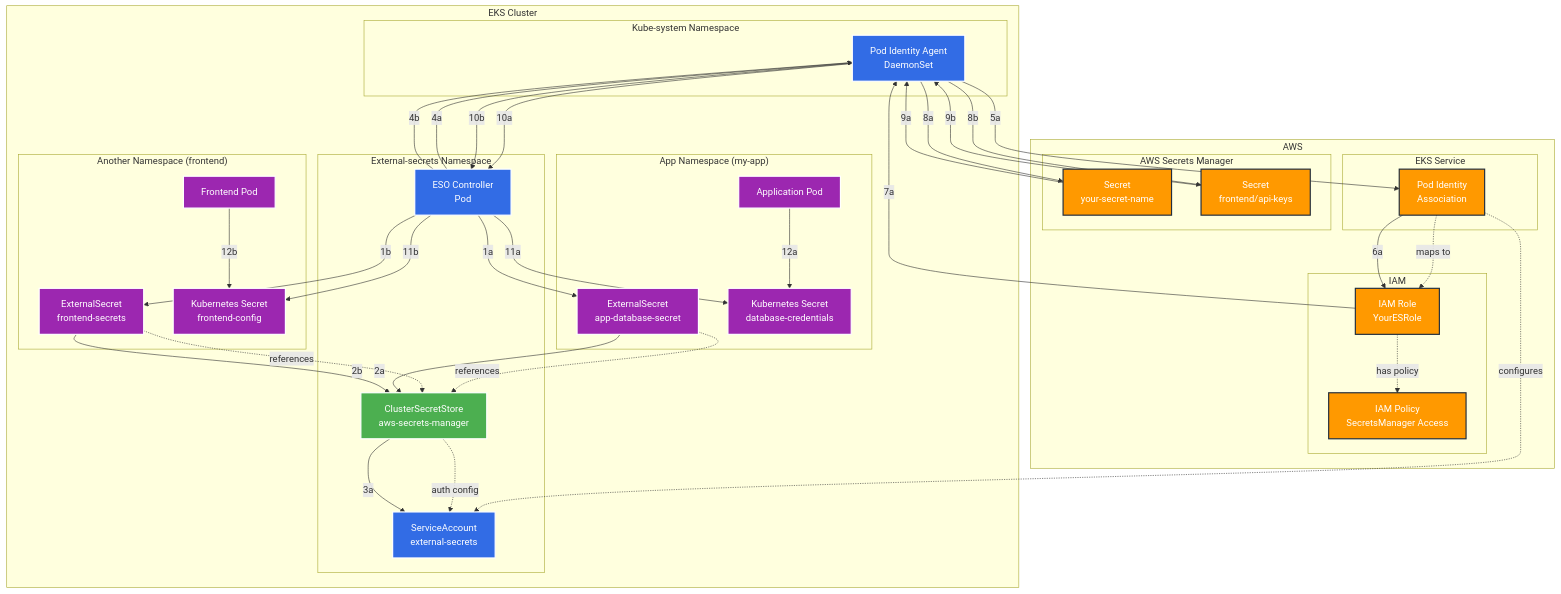
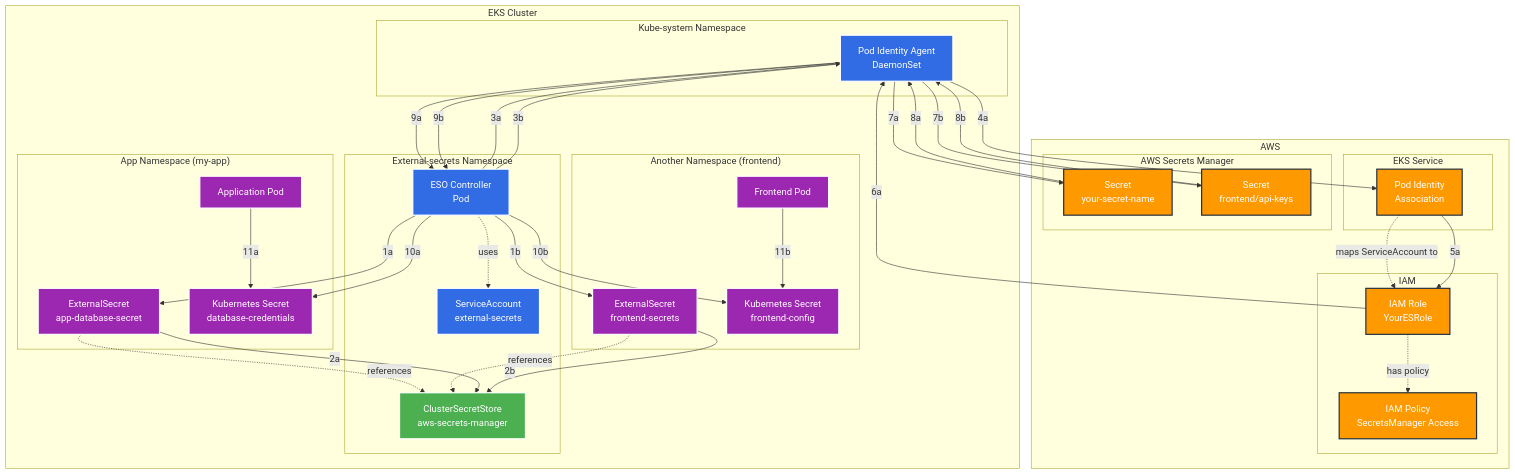
Before and after one commit to dharani-sowndharya/architecture-learnings: the diagram in eso_with_eks_pod_identity.md, drawn with Mermaid. The commit also changed other lines of this file, not shown here.

Commit message:
Edits md to remove service account association for cluster secret store

```diff
--- a/eso_with_eks_pod_identity.md
+++ b/eso_with_eks_pod_identity.md
@@ -51,36 +51,34 @@
     end
     
     %% Configuration Relationships (dashed lines)
-    PIAS -.->|configures| SA
-    PIAS -.->|maps to| IAMRole
+    PIAS -.->|maps ServiceAccount to| IAMRole
     IAMRole -.->|has policy| IAMPolicy
-    CSS -.->|auth config| SA
+    ESO -.->|uses| SA
     ES1 -.->|references| CSS
     ES2 -.->|references| CSS
     
     %% Flow Steps for App Namespace
     ESO -->|1a| ES1
     ES1 -->|2a| CSS
-    CSS -->|3a| SA
-    ESO -->|4a| PIA
-    PIA -->|5a| PIAS
-    PIAS -->|6a| IAMRole
-    IAMRole -->|7a| PIA
-    PIA -->|8a| SecretASM1
-    SecretASM1 -->|9a| PIA
-    PIA -->|10a| ESO
-    ESO -->|11a| K8sSecret1
-    AppPod1 -->|12a| K8sSecret1
+    ESO -->|3a| PIA
+    PIA -->|4a| PIAS
+    PIAS -->|5a| IAMRole
+    IAMRole -->|6a| PIA
+    PIA -->|7a| SecretASM1
+    SecretASM1 -->|8a| PIA
+    PIA -->|9a| ESO
+    ESO -->|10a| K8sSecret1
+    AppPod1 -->|11a| K8sSecret1
     
     %% Flow Steps for Frontend Namespace
     ESO -->|1b| ES2
     ES2 -->|2b| CSS
-    ESO -->|4b| PIA
-    PIA -->|8b| SecretASM2
-    SecretASM2 -->|9b| PIA
-    PIA -->|10b| ESO
-    ESO -->|11b| K8sSecret2
-    AppPod2 -->|12b| K8sSecret2
+    ESO -->|3b| PIA
+    PIA -->|7b| SecretASM2
+    SecretASM2 -->|8b| PIA
+    PIA -->|9b| ESO
+    ESO -->|10b| K8sSecret2
+    AppPod2 -->|11b| K8sSecret2
     
     %% Styling
     classDef awsService fill:#FF9900,stroke:#232F3E,stroke-width:2px,color:#FFFFFF
```
